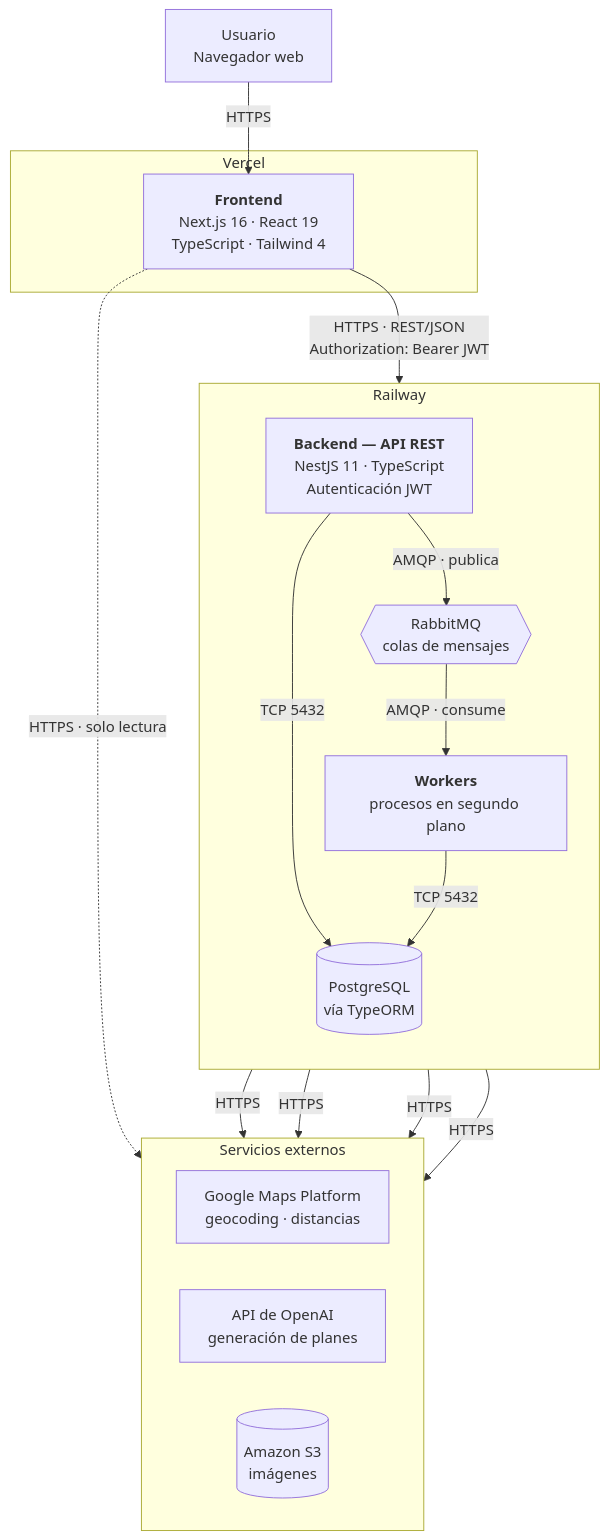
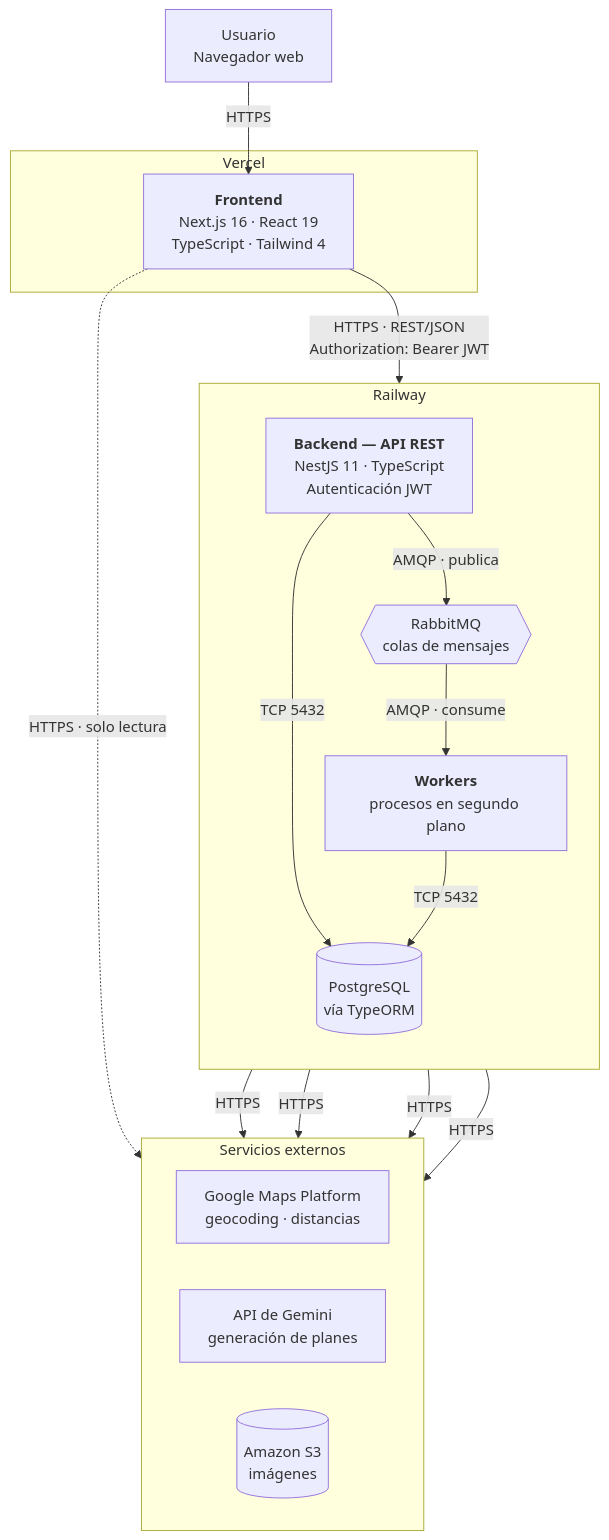
Before and after one commit to SmartPlan-UTN/SmartPlan-back: the diagram in skills/05-arquitectura/SKILL.md, drawn with Mermaid. The commit also changed other lines of this file and 15 other files, not shown here.

First line of the commit message:
Retirar OpenAI del repo: Gemini como único motor de IA (F10)

````diff
--- a/skills/05-arquitectura/SKILL.md
+++ b/skills/05-arquitectura/SKILL.md
@@ -22,35 +22,35 @@
 ```mermaid
 flowchart TB
     U["Usuario<br/>Navegador web"]
 
     subgraph vercel["Vercel"]
         FE["<b>Frontend</b><br/>Next.js 16 · React 19<br/>TypeScript · Tailwind 4"]
     end
 
     subgraph railway["Railway"]
         direction TB
         BE["<b>Backend — API REST</b><br/>NestJS 11 · TypeScript<br/>Autenticación JWT"]
         MQ{{"RabbitMQ<br/>colas de mensajes"}}
         WK["<b>Workers</b><br/>procesos en segundo plano"]
         DB[("PostgreSQL<br/>vía TypeORM")]
     end
 
     subgraph ext["Servicios externos"]
         direction LR
         GM["Google Maps Platform<br/>geocoding · distancias"]
-        AI["API de OpenAI<br/>generación de planes"]
+        AI["API de Gemini<br/>generación de planes"]
         S3[("Amazon S3<br/>imágenes")]
     end
 
     U -->|HTTPS| FE
     FE -->|"HTTPS · REST/JSON<br/>Authorization: Bearer JWT"| BE
     BE -->|"AMQP · publica"| MQ
     MQ -->|"AMQP · consume"| WK
     BE -->|"TCP 5432"| DB
     WK -->|"TCP 5432"| DB
     BE -->|HTTPS| GM
     BE -->|HTTPS| S3
     WK -->|HTTPS| GM
     WK -->|HTTPS| AI
     FE -.->|"HTTPS · solo lectura"| S3
 ```
````
